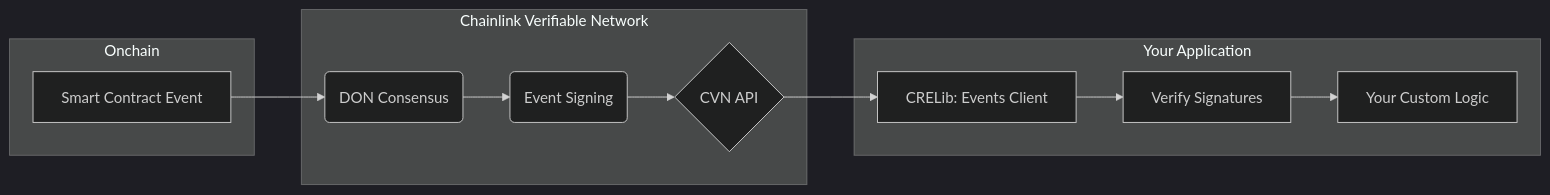
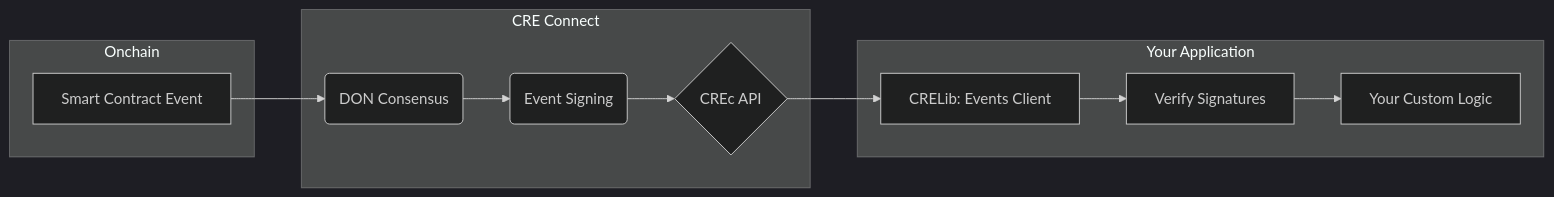
Before and after one commit to smartcontractkit/crec-sdk: the first of 2 diagrams in README.md, drawn with Mermaid (dark theme). The commit also changed other lines of this file and 36 other files, not shown here.

````diff
--- a/README.md
+++ b/README.md
@@ -91,20 +92,20 @@
 ```mermaid
 graph LR
     subgraph Onchain
         A[Smart Contract Event]
     end
 
-    subgraph Chainlink Verifiable Network
+    subgraph CRE Connect
         B(DON Consensus)
         C(Event Signing)
-        D{CVN API}
+        D{CREc API}
     end
 
     subgraph Your Application
         E[CRELib: Events Client]
         F[Verify Signatures]
         G[Your Custom Logic]
     end
 
     A --> B --> C --> D --> E --> F --> G
 ```
````
